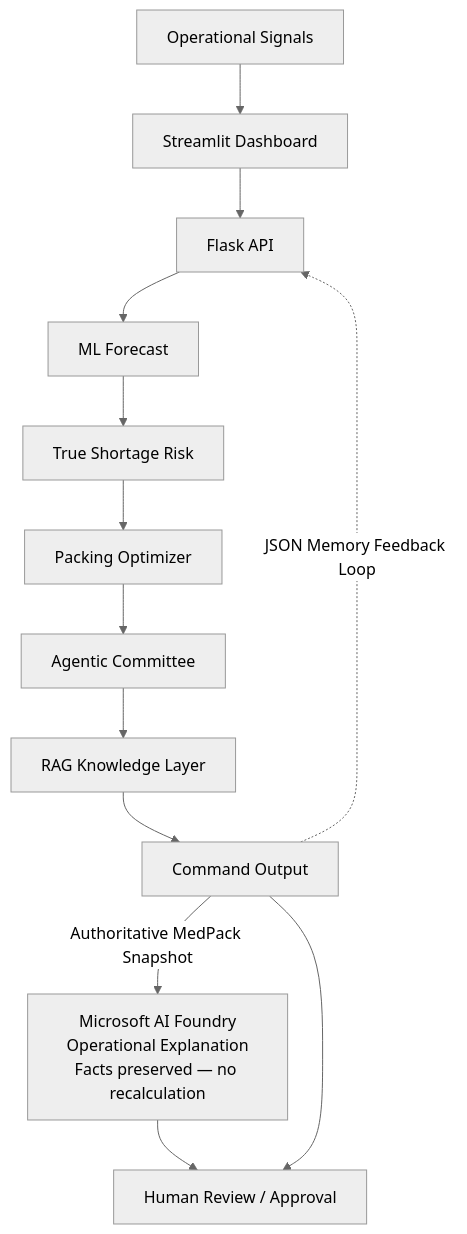
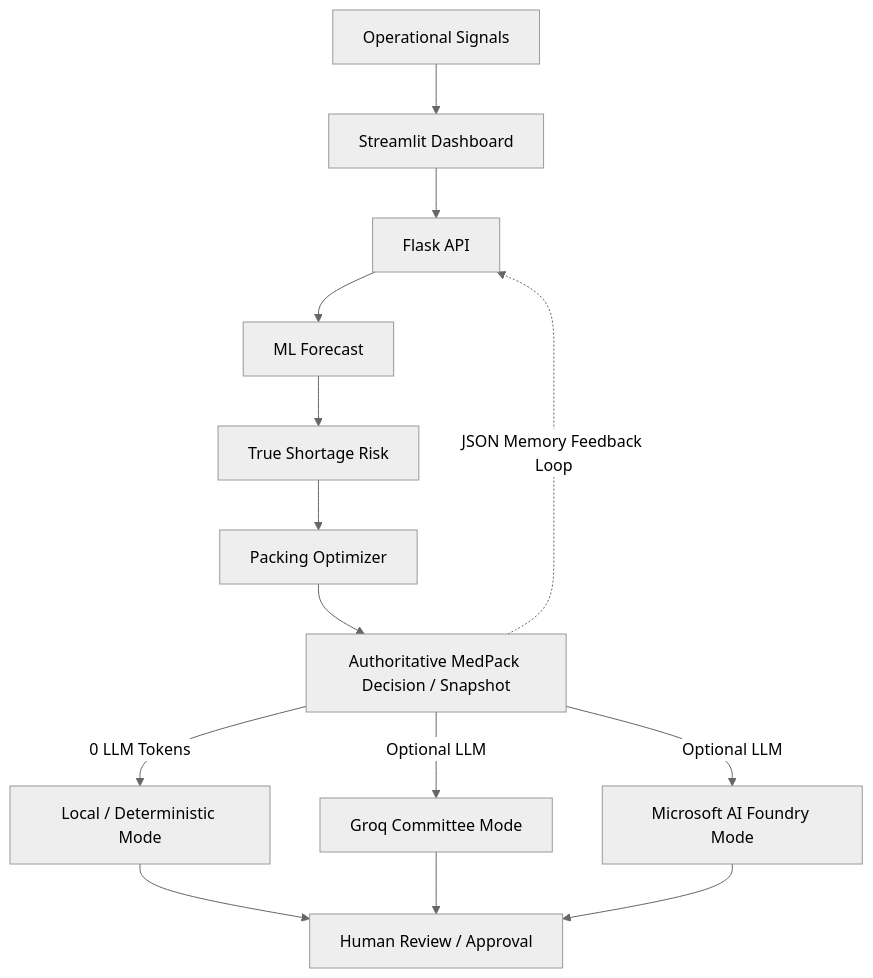
One commit to draculess99/medpack-foundry-supply-copilot changed the diagram in README.md. Above: the diagram before and after it, drawn with Mermaid (neutral theme). The commit also changed other lines of this file and 1 other file, not shown here.

Commit message:
docs: clarify decision-support paths and update architecture diagram

````diff
--- a/README.md
+++ b/README.md
@@ -27,16 +27,19 @@
 ```mermaid
 flowchart TD
     A["Operational Signals"] --> B["Streamlit Dashboard"]
     B --> C["Flask API"]
     C --> D["ML Forecast"]
     D --> E["True Shortage Risk"]
     E --> F["Packing Optimizer"]
-    F --> G["Agentic Committee"]
-    G --> H["RAG Knowledge Layer"]
-    H --> I["Command Output"]
+    F --> G["Authoritative MedPack Decision / Snapshot"]
 
-    I -->|Authoritative MedPack Snapshot| J["Microsoft AI Foundry<br/>Operational Explanation<br/>Facts preserved — no recalculation"]
-    J --> K["Human Review / Approval"]
+    G -->|0 LLM Tokens| H["Local / Deterministic Mode"]
+    G -->|Optional LLM| I["Groq Committee Mode"]
+    G -->|Optional LLM| J["Microsoft AI Foundry Mode"]
+
+    H --> K["Human Review / Approval"]
     I --> K
-    I -.->|JSON Memory Feedback Loop| C
+    J --> K
+
+    G -.->|JSON Memory Feedback Loop| C
 ```
````
